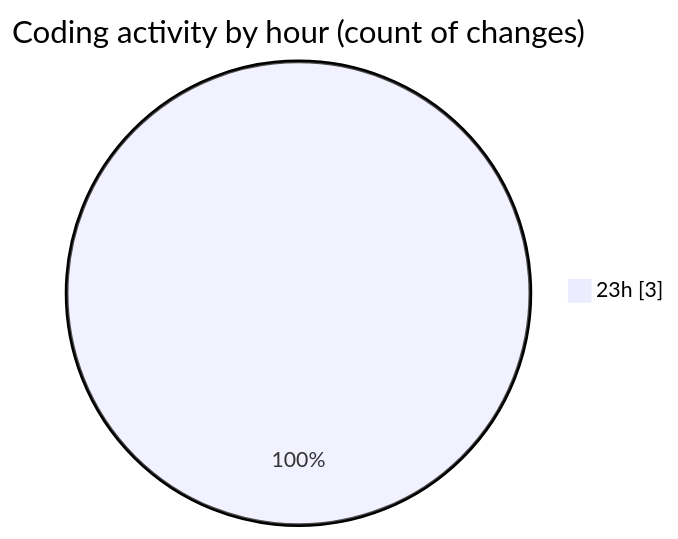
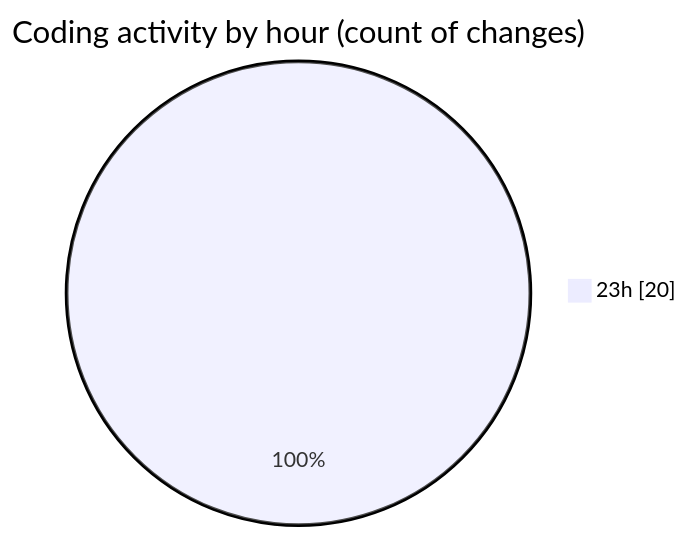
The second of 2 diagrams in 2025-07-21/javascript/README.md (Ritupan-Deka/code-tracking), drawn with Mermaid before and after one commit. The commit also changed other lines of this file and 1 other file, not shown here.

````diff
--- a/2025-07-21/javascript/README.md
+++ b/2025-07-21/javascript/README.md
@@ -29,5 +29,5 @@
 ```mermaid
 pie showData
 title Coding activity by hour (count of changes)
-"23h" : 3
+"23h" : 20
 ```
````
